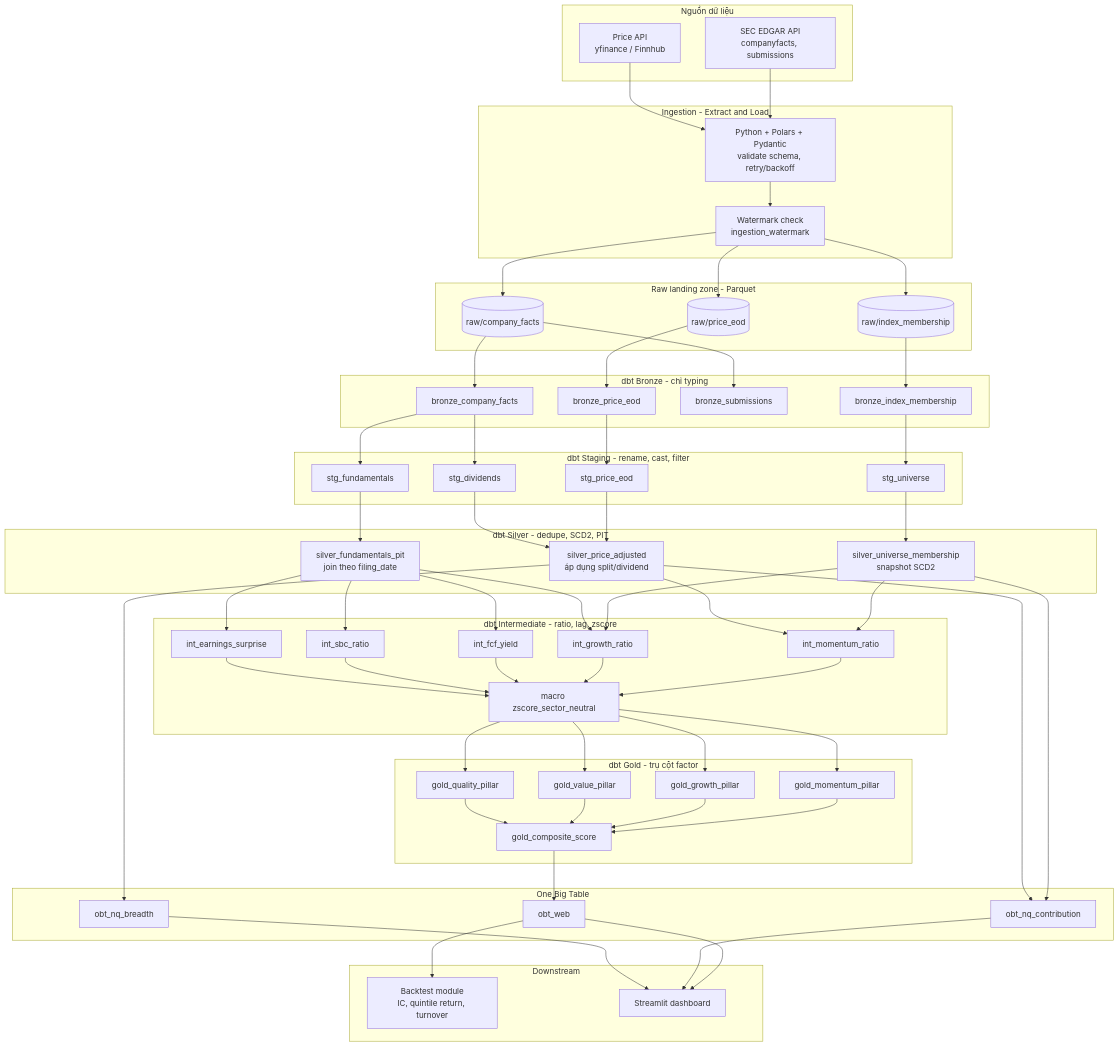
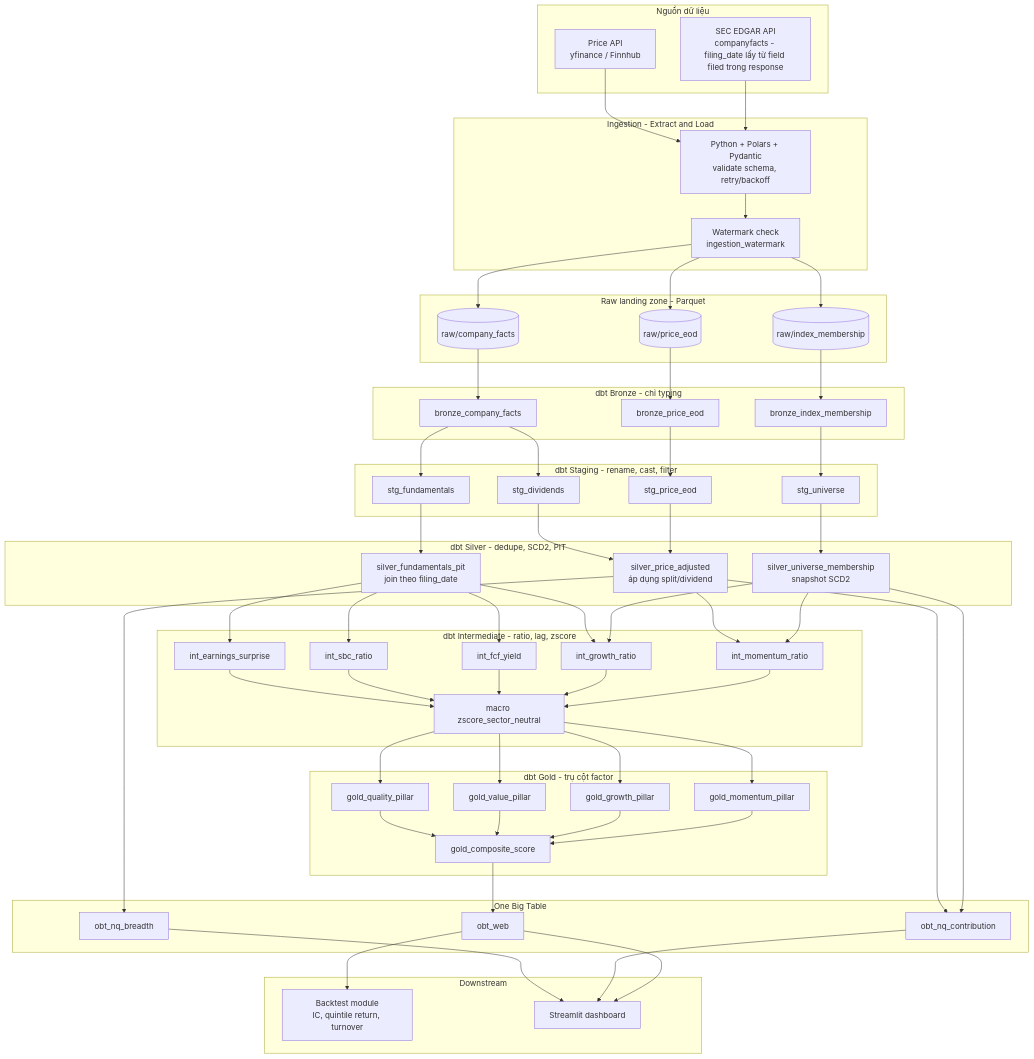
One commit to PhucTruong11/NASDAQ100-Quantamental changed the first of 7 diagrams in data-flow.md. Above: the diagram before and after it, drawn with Mermaid. The commit also changed other lines of this file and 9 other files, not shown here.

````diff
--- a/data-flow.md
+++ b/data-flow.md
@@ -5,7 +5,7 @@
 ```mermaid
 graph TD
     subgraph SRC[Nguồn dữ liệu]
-        A1[SEC EDGAR API<br/>companyfacts, submissions]
+        A1[SEC EDGAR API<br/>companyfacts - filing_date lấy từ field filed trong response]
         A2[Price API<br/>yfinance / Finnhub]
     end
 
@@ -23,7 +23,6 @@
     subgraph BRONZE[dbt Bronze - chỉ typing]
         D1[bronze_price_eod]
         D2[bronze_company_facts]
-        D3[bronze_submissions]
         D4[bronze_index_membership]
     end
 
@@ -77,7 +76,6 @@
 
     C1 --> D1
     C2 --> D2
-    C2 --> D3
     C3 --> D4
 
     D1 --> E1
````
